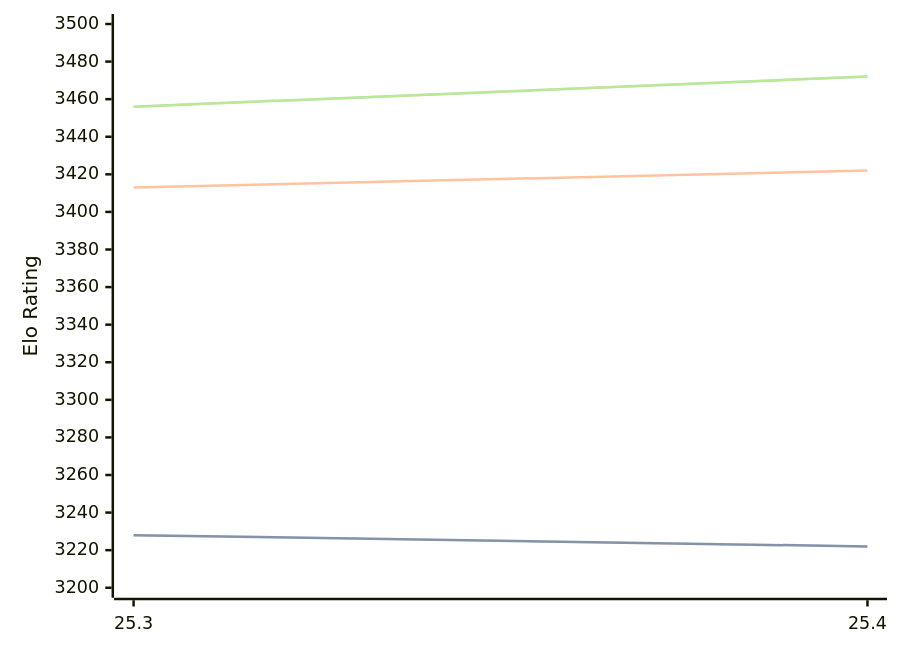
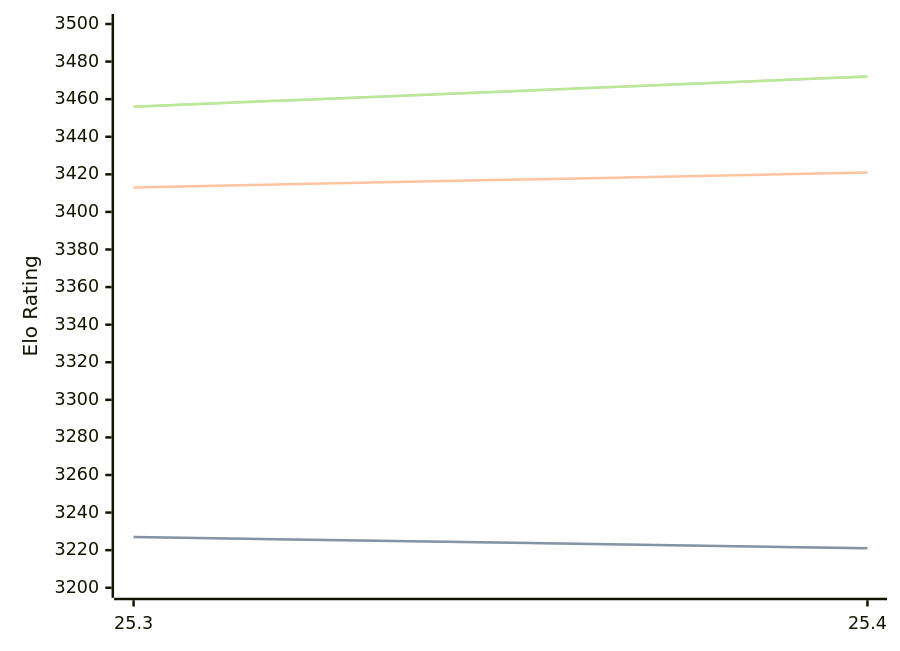
Before and after one commit to computer-chess-index/cci: the diagram in engines/Arasan.md, drawn with Mermaid. The commit also changed other lines of this file, not shown here.

````diff
--- a/engines/Arasan.md
+++ b/engines/Arasan.md
@@ -33,11 +33,11 @@
 ```mermaid
 %%{init: {"theme":"base","themeVariables":{"seriesColors:['#a3a3a3','#222221','#faa371']}}}%%
 xychart-beta
   x-axis ["25.3", "25.4"]
   y-axis "Elo Rating" 3200 --> 3500
-  line "STC (8.0+0.08s)" [3228, 3222]
-  line "STC (8.0+0.08s)" [3228, 3222]
-  line "LTC (60.0+0.60s)" [3413, 3422]
+  line "STC (8.0+0.08s)" [3227, 3221]
+  line "STC (8.0+0.08s)" [3227, 3221]
+  line "LTC (60.0+0.60s)" [3413, 3421]
   line "VLTC (2m24s+1.12s)" [3456, 3472]
   line "VLTC (2m24s+1.12s)" [3456, 3472]
 ```
````
